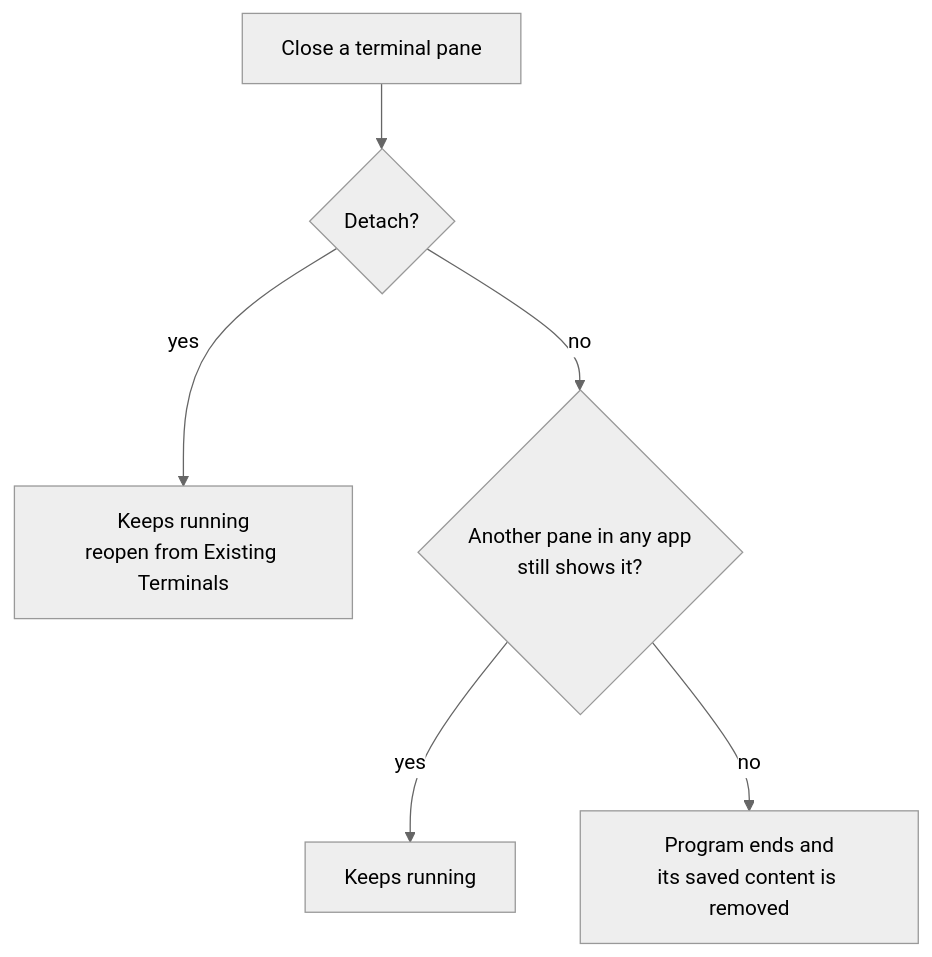
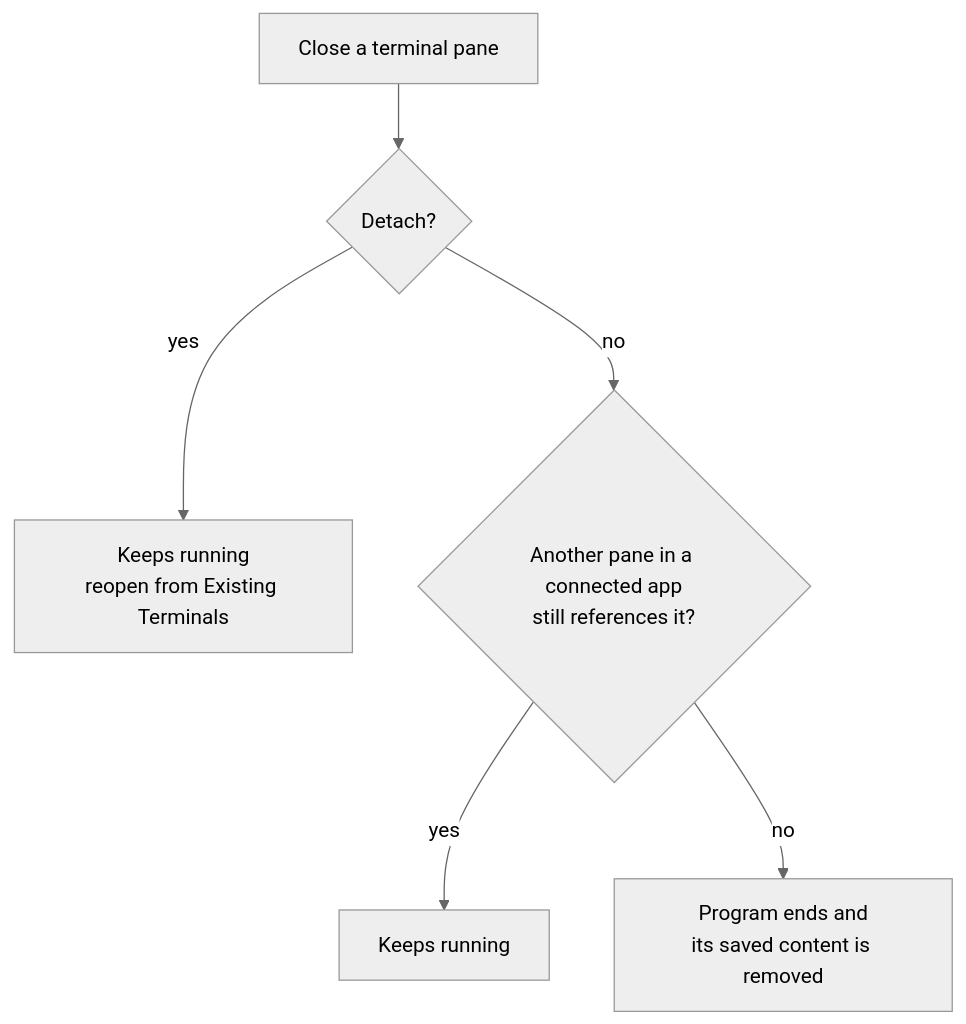
The second of 3 diagrams in docs/product/server-model.md (teomurgi/murvix), drawn with Mermaid (neutral theme) before and after one commit. The commit also changed other lines of this file and 43 other files, not shown here.

````diff
--- a/docs/product/server-model.md
+++ b/docs/product/server-model.md
@@ -42,8 +46,8 @@
 ```mermaid
 flowchart TD
     CLOSE["Close a terminal pane"] --> DETACH{"Detach?"}
     DETACH -->|"yes"| KEEP["Keeps running<br/>reopen from Existing Terminals"]
-    DETACH -->|"no"| OTHER{"Another pane in any app<br/>still shows it?"}
+    DETACH -->|"no"| OTHER{"Another pane in a connected app<br/>still references it?"}
     OTHER -->|"yes"| KEEP2["Keeps running"]
     OTHER -->|"no"| END["Program ends and<br/>its saved content is removed"]
 ```
````
